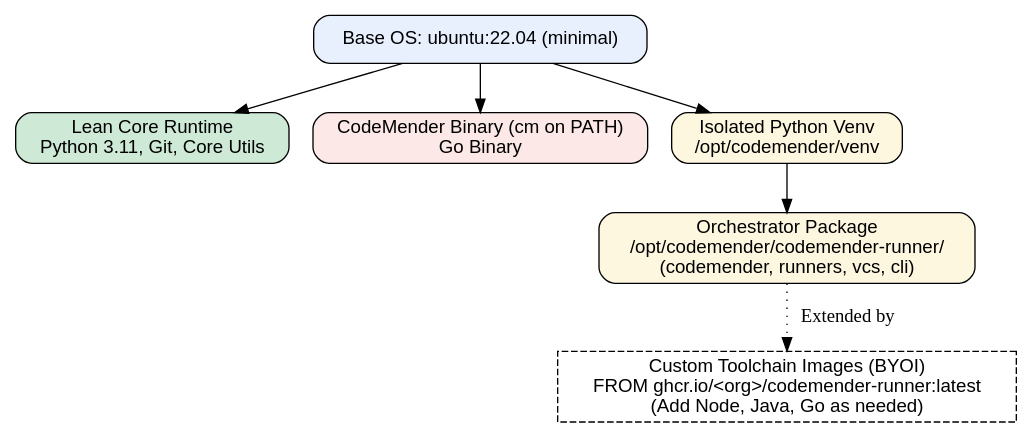
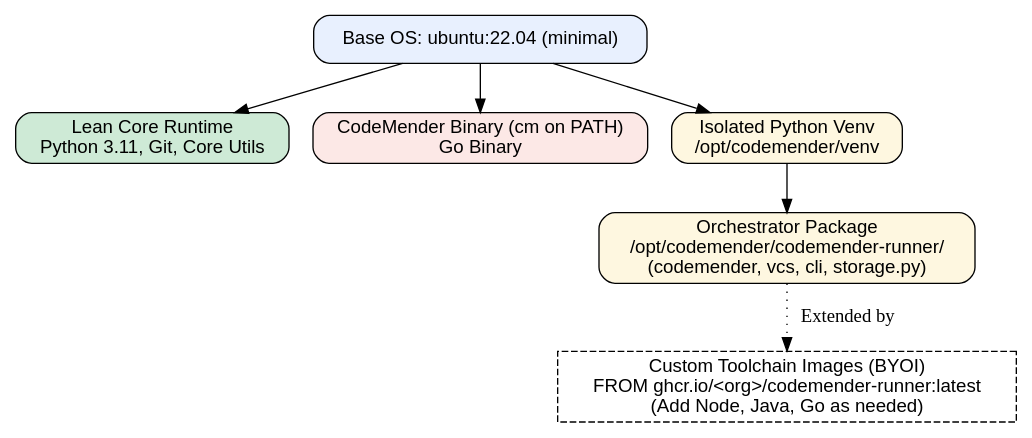
The diagram in docs/openspec/specs/runner-container-packaging/design.md (avnit/codemender-runner-mcp), drawn with Graphviz before and after one commit. The commit also changed 71 other files, not shown here.

````diff
--- a/docs/openspec/specs/runner-container-packaging/design.md
+++ b/docs/openspec/specs/runner-container-packaging/design.md
@@ -38,19 +38,19 @@
 ```dot
 digraph ContainerLayout {
   rankdir=TB;
   node [shape=box, style="filled,rounded", fontname="Helvetica"];
 
   Base [label="Base OS: ubuntu:22.04 (minimal)", fillcolor="#E8F0FE"];
   Runtime [label="Lean Core Runtime\nPython 3.11, Git, Core Utils", fillcolor="#CEEAD6"];
   CMBinary [label="CodeMender Binary (cm on PATH)\nGo Binary", fillcolor="#FCE8E6"];
   Venv [label="Isolated Python Venv\n/opt/codemender/venv", fillcolor="#FEF7E0"];
-  Modules [label="Orchestrator Package\n/opt/codemender/codemender-runner/\n(codemender, runners, vcs, cli)", fillcolor="#FEF7E0"];
+  Modules [label="Orchestrator Package\n/opt/codemender/codemender-runner/\n(codemender, vcs, cli, storage.py)", fillcolor="#FEF7E0"];
   BYOI [label="Custom Toolchain Images (BYOI)\nFROM ghcr.io/<org>/codemender-runner:latest\n(Add Node, Java, Go as needed)", style="dashed", fillcolor="#F1F3F4"];
 
   Base -> Runtime;
   Base -> CMBinary;
   Base -> Venv;
   Venv -> Modules;
   Modules -> BYOI [style="dotted", label="Extended by"];
 }
 ```
````
